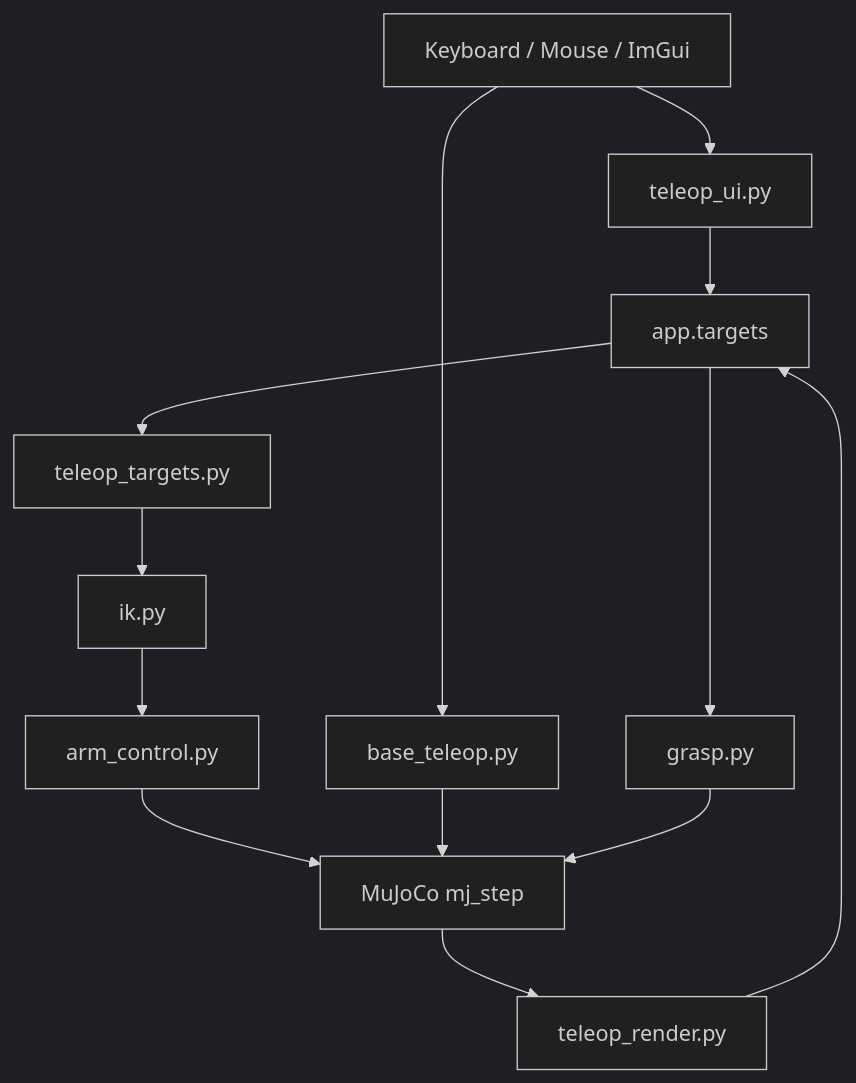
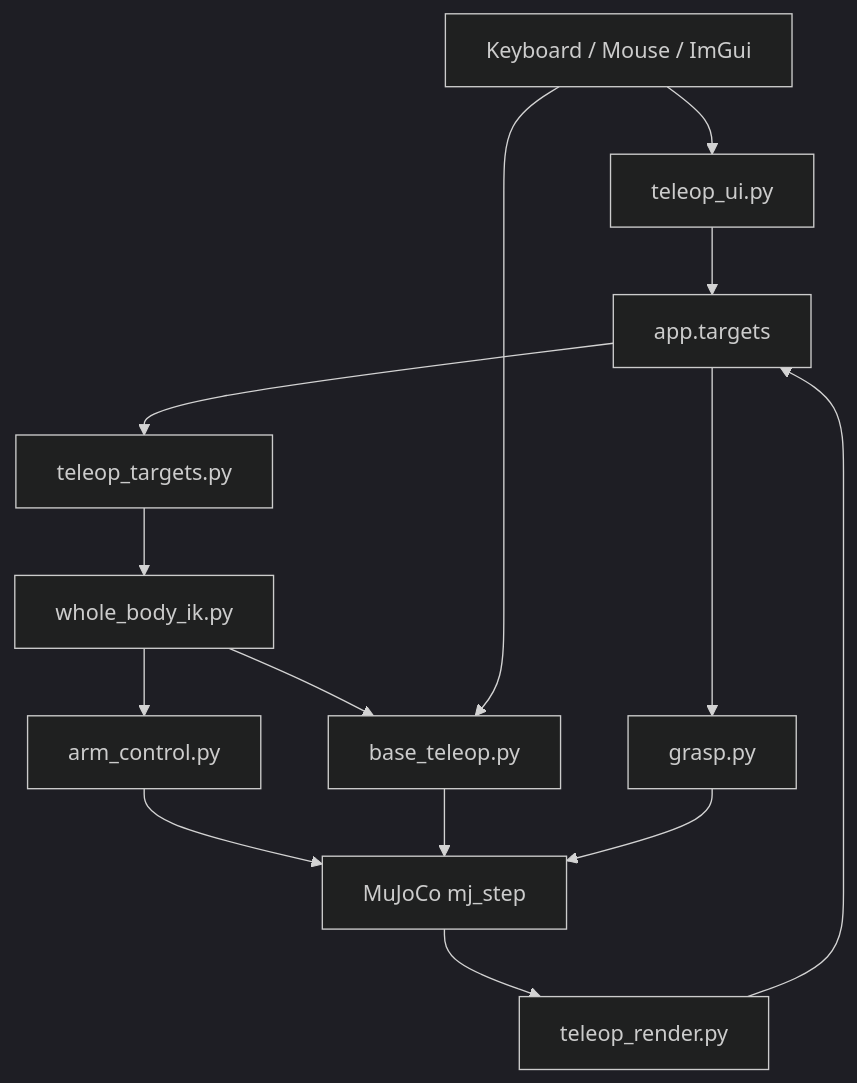
Before and after one commit to ggh-png/ffw-sh5-grasp: the diagram in docs/overview.md, drawn with Mermaid (dark theme). The commit also changed other lines of this file and 20 other files, not shown here.

Commit message:
Add ROS-free whole-body IK and stabilize mobile control

````diff
--- a/docs/overview.md
+++ b/docs/overview.md
@@ -21,15 +23,16 @@
 ```mermaid
 flowchart TD
     Input[Keyboard / Mouse / ImGui] --> UI[teleop_ui.py]
     UI --> Targets[app.targets]
     Render[teleop_render.py] --> Targets
     Targets --> TargetMath[teleop_targets.py]
-    TargetMath --> IK[ik.py]
+    TargetMath --> IK[whole_body_ik.py]
     IK --> Arm[arm_control.py]
-    Input --> Base[base_teleop.py]
+    IK --> Base[base_teleop.py]
+    Input --> Base
     Targets --> Grasp[grasp.py]
     Arm --> Physics[MuJoCo mj_step]
     Base --> Physics
     Grasp --> Physics
     Physics --> Render
 ```
````
